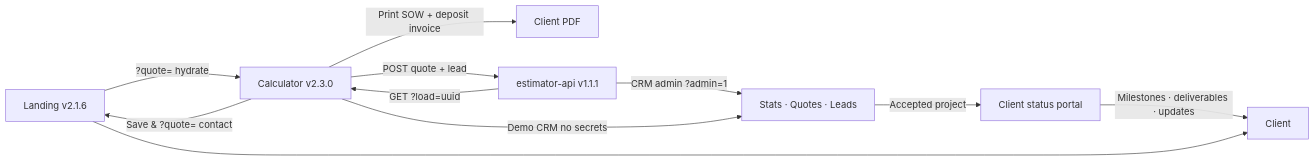
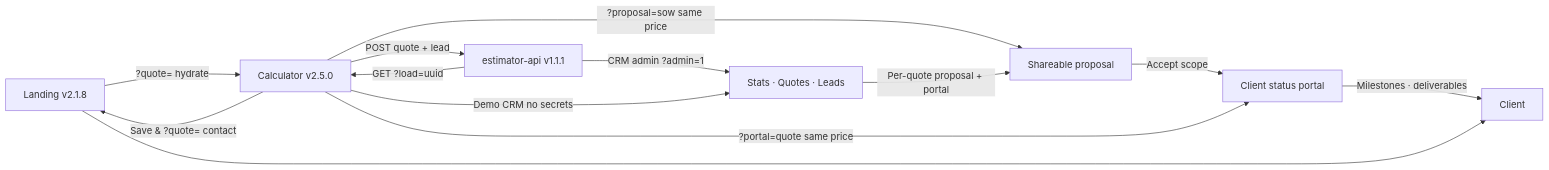
Before and after one commit to pixellayer7-jpg/pixellayer7-jpg: the diagram in README.md, drawn with Mermaid. The commit also changed other lines of this file and 2 other files, not shown here.

Commit message:
docs: sync profile to calculator v2.5 shareable proposal

````diff
--- a/README.md
+++ b/README.md
@@ -18,13 +18,15 @@
 ```mermaid
 flowchart LR
-  A[Landing v2.1.6] -->|?quote= hydrate| B[Calculator v2.3.0]
+  A[Landing v2.1.8] -->|?quote= hydrate| B[Calculator v2.5.0]
   B -->|Save & ?quote= contact| A
-  B -->|Print SOW + deposit invoice| C[Client PDF]
+  B -->|?proposal=sow same price| R[Shareable proposal]
+  R -->|Accept scope| P[Client status portal]
+  B -->|?portal=quote same price| P
   B -->|POST quote + lead| D[estimator-api v1.1.1]
   D -->|CRM admin ?admin=1| E[Stats · Quotes · Leads]
   B -->|Demo CRM no secrets| E
-  E -->|Accepted project| P[Client status portal]
-  P -->|Milestones · deliverables · updates| F[Client]
+  E -->|Per-quote proposal + portal| R
+  P -->|Milestones · deliverables| F[Client]
   D -->|GET ?load=uuid| B
   A --> F[Client]
 ```
````
